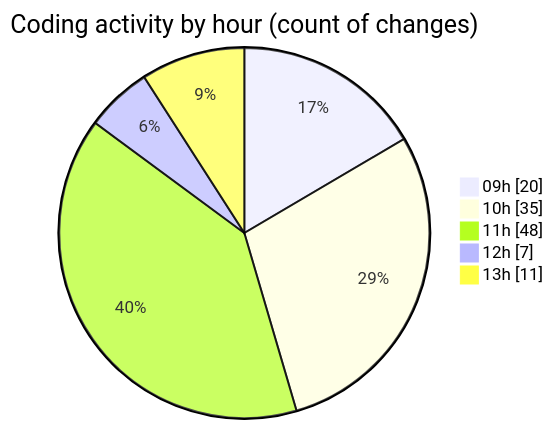
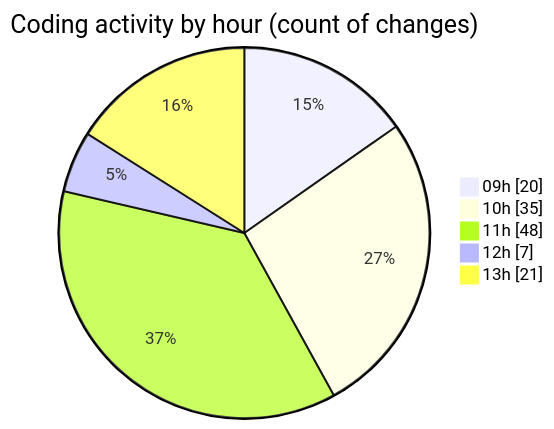
Before and after one commit to CELIANVF/code-tracking: the second of 2 diagrams in 2025-06-10/ecodeli-1/README.md, drawn with Mermaid. The commit also changed other lines of this file and 1 other file, not shown here.

````diff
--- a/2025-06-10/ecodeli-1/README.md
+++ b/2025-06-10/ecodeli-1/README.md
@@ -77,9 +80,9 @@
 ```mermaid
 pie showData
 title Coding activity by hour (count of changes)
 "09h" : 20
 "10h" : 35
 "11h" : 48
 "12h" : 7
-"13h" : 11
+"13h" : 21
 ```
````
